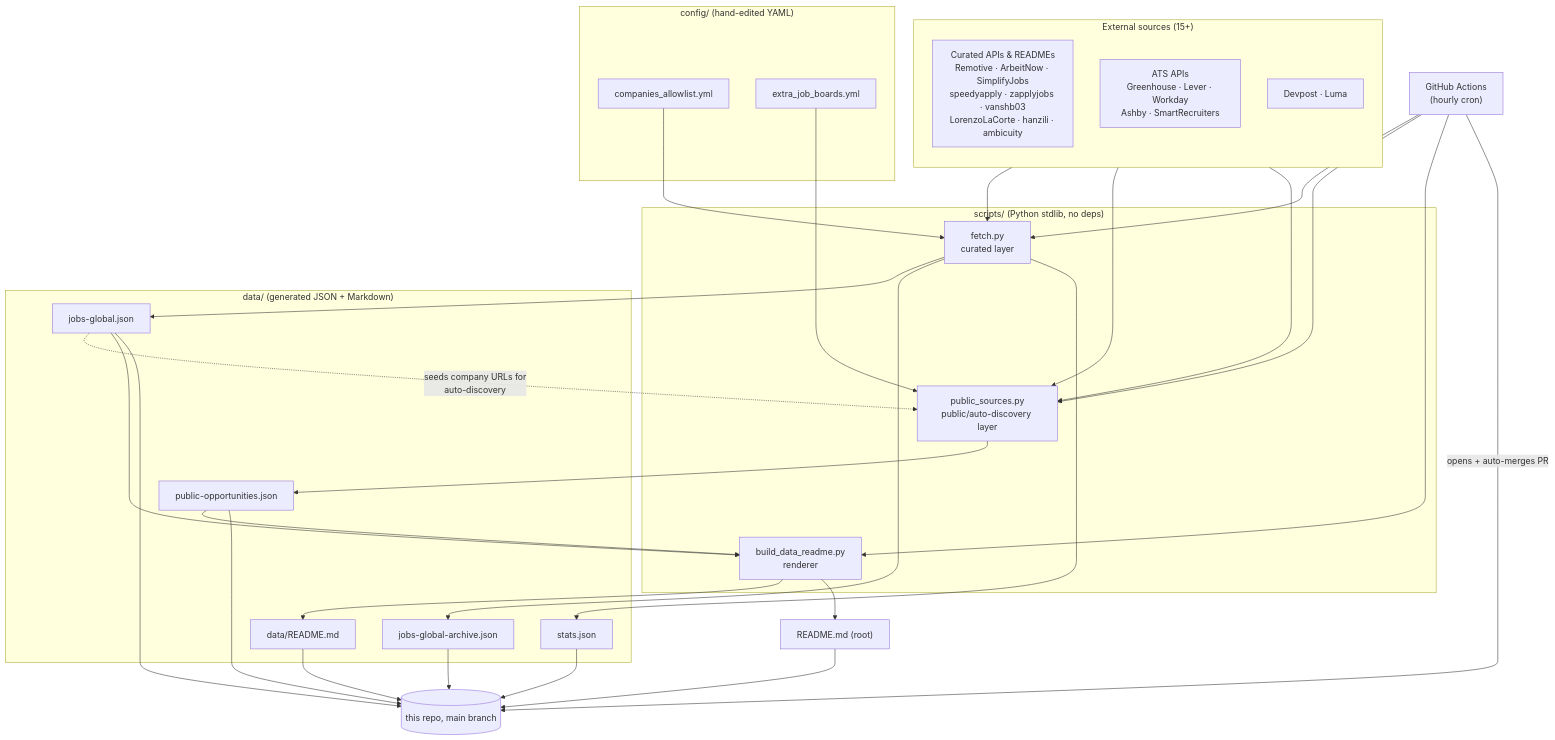
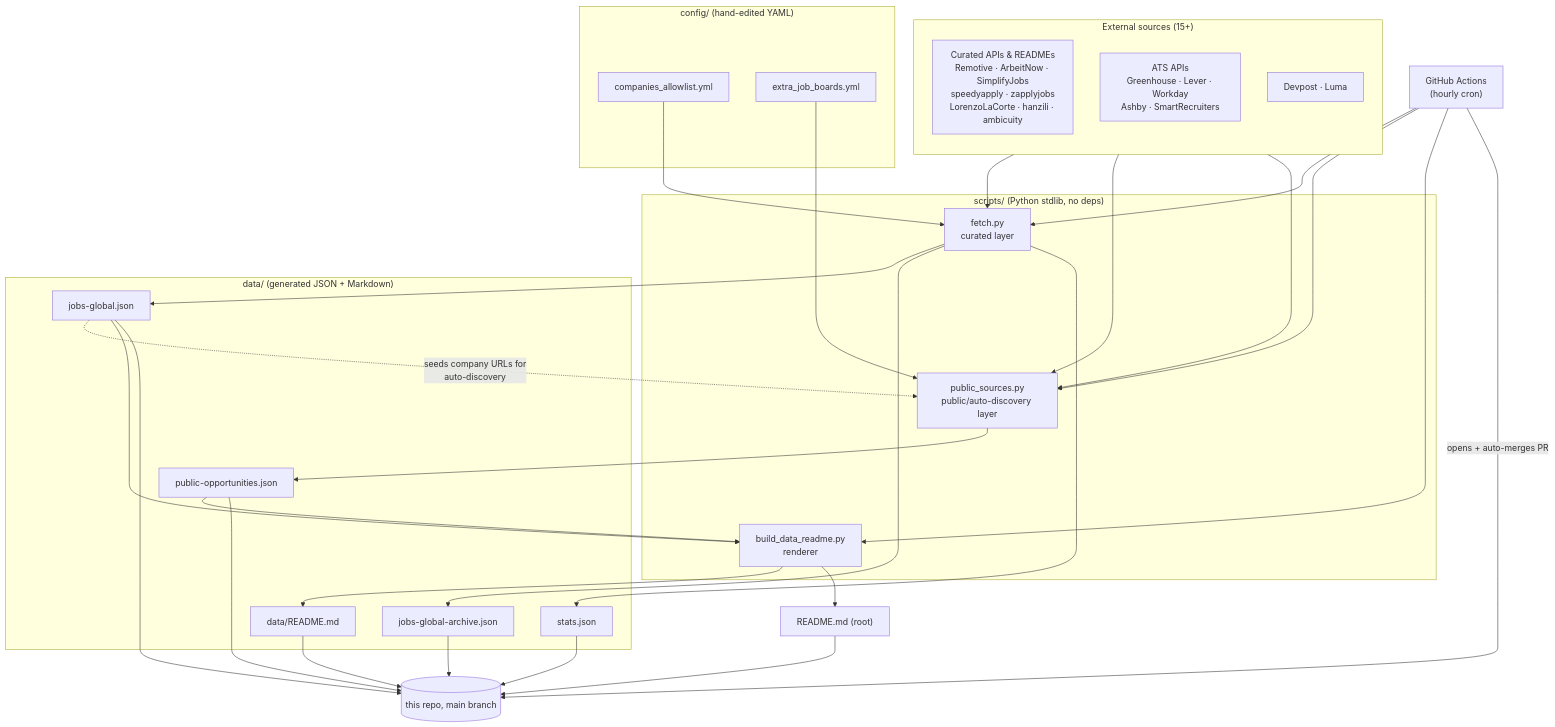
One commit to AhmedNassar7/tracker changed the first of 4 diagrams in docs/ARCHITECTURE.md. Above: the diagram before and after it, drawn with Mermaid. The commit also changed other lines of this file and 22 other files, not shown here.

````diff
--- a/docs/ARCHITECTURE.md
+++ b/docs/ARCHITECTURE.md
@@ -18,58 +18,58 @@
 ```mermaid
 flowchart TB
     subgraph External["External sources (15+)"]
         direction TB
-        Curated["Curated APIs & READMEs\nRemotive · ArbeitNow · SimplifyJobs\nspeedyapply · zapplyjobs · vanshb03\nLorenzoLaCorte · hanzili · ambicuity"]
+        Curated["Curated APIs & READMEs\nRemotive · ArbeitNow · SimplifyJobs\nspeedyapply · zapplyjobs\nLorenzoLaCorte · hanzili · ambicuity"]
         ATS["ATS APIs\nGreenhouse · Lever · Workday\nAshby · SmartRecruiters"]
         Events["Devpost · Luma"]
     end
 
     subgraph Pipeline["scripts/ (Python stdlib, no deps)"]
         Fetch["fetch.py\ncurated layer"]
         Public["public_sources.py\npublic/auto-discovery layer"]
         Build["build_data_readme.py\nrenderer"]
     end
 
     subgraph Config["config/ (hand-edited YAML)"]
         Allow["companies_allowlist.yml"]
         Extra["extra_job_boards.yml"]
     end
 
     subgraph Data["data/ (generated JSON + Markdown)"]
         JobsGlobal["jobs-global.json"]
         Archive["jobs-global-archive.json"]
         PublicJSON["public-opportunities.json"]
         Stats["stats.json"]
         DataReadme["data/README.md"]
     end
 
     RootReadme["README.md (root)"]
 
     Curated --> Fetch
     Allow --> Fetch
     Fetch --> JobsGlobal
     Fetch --> Archive
     Fetch --> Stats
 
     JobsGlobal -. "seeds company URLs for\nauto-discovery" .-> Public
     ATS --> Public
     Events --> Public
     Extra --> Public
     Public --> PublicJSON
 
     JobsGlobal --> Build
     PublicJSON --> Build
     Build --> DataReadme
     Build --> RootReadme
 
     GHA["GitHub Actions\n(hourly cron)"] --> Fetch
     GHA --> Public
     GHA --> Build
     GHA -- "opens + auto-merges PR" --> Repo[("this repo, main branch")]
     DataReadme --> Repo
     RootReadme --> Repo
     JobsGlobal --> Repo
     Archive --> Repo
     PublicJSON --> Repo
     Stats --> Repo
 ```
````
